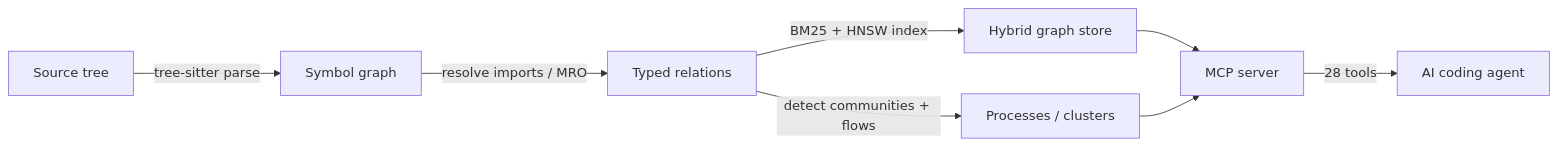
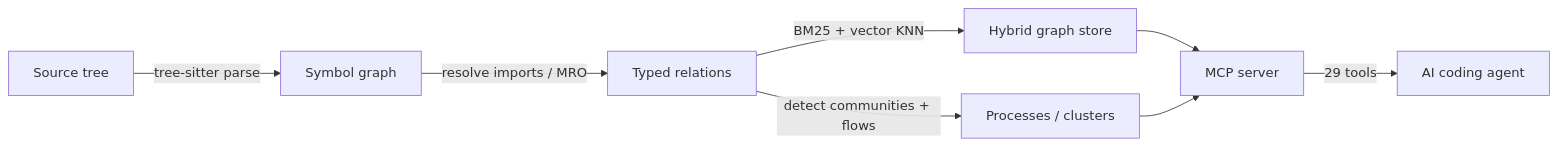
One commit to theagenticguy/opencodehub changed the diagram in README.md. Above: the diagram before and after it, drawn with Mermaid. The commit also changed other lines of this file and 202 other files, not shown here.

````diff
--- a/README.md
+++ b/README.md
@@ -62,10 +62,10 @@
 ```mermaid
 flowchart LR
   A[Source tree] -->|tree-sitter parse| B[Symbol graph]
   B -->|resolve imports / MRO| C[Typed relations]
-  C -->|BM25 + HNSW index| D[Hybrid graph store]
+  C -->|BM25 + vector KNN| D[Hybrid graph store]
   C -->|detect communities + flows| E[Processes / clusters]
   D --> F[MCP server]
   E --> F
-  F -->|28 tools| G[AI coding agent]
+  F -->|29 tools| G[AI coding agent]
 ```
````
